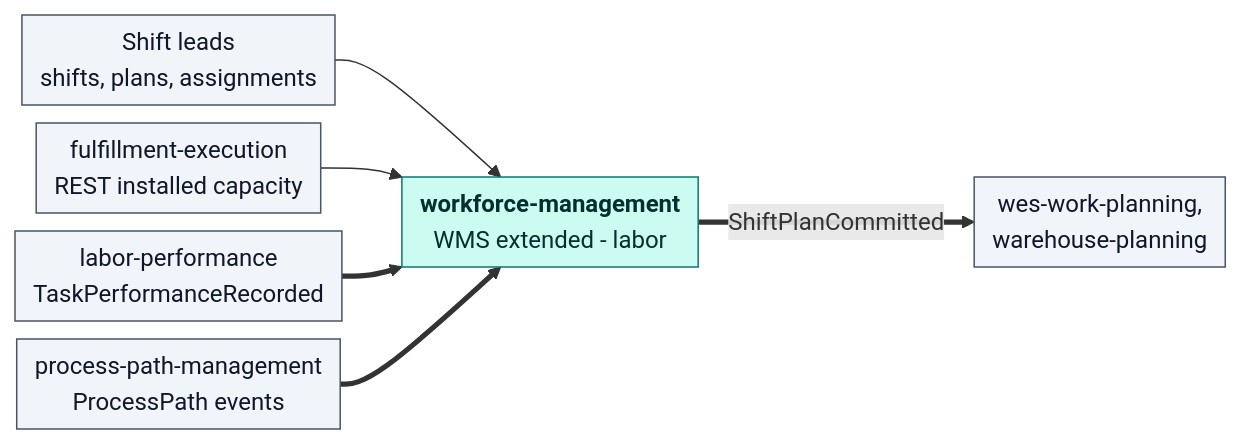
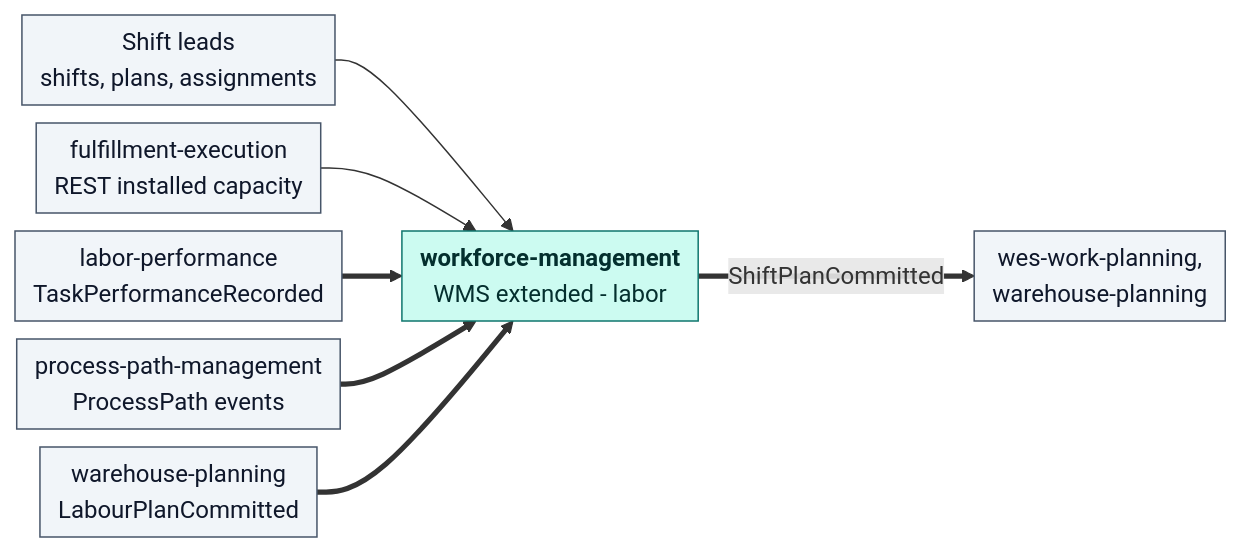
One commit to IQVO/warehouse-docs changed the fifth of 11 diagrams in docs/wms-wes/wes-tier.md. Above: the diagram before and after it, drawn with Mermaid. The commit also changed other lines of this file and 6 other files, not shown here.

````diff
--- a/docs/wms-wes/wes-tier.md
+++ b/docs/wms-wes/wes-tier.md
@@ -238,15 +248,16 @@
 ```mermaid
 %%{init: {"flowchart": {"nodeSpacing": 12, "rankSpacing": 40, "padding": 6}}}%%
 flowchart LR
     IN1["Shift leads<br/>shifts, plans, assignments"] --> WFM
     IN2["fulfillment-execution<br/>REST installed capacity"] --> WFM
     IN3["labor-performance<br/>TaskPerformanceRecorded"] ==> WFM
     IN4["process-path-management<br/>ProcessPath events"] ==> WFM
+    IN5["warehouse-planning<br/>LabourPlanCommitted"] ==> WFM
     WFM["<b>workforce-management</b><br/>WMS extended - labor"]
     WFM ==>|"ShiftPlanCommitted"| OUT1["wes-work-planning,<br/>warehouse-planning"]
 
     classDef wms fill:#ccfbf1,stroke:#0f766e,color:#042f2e
     classDef other fill:#f1f5f9,stroke:#475569,color:#0f172a
     class WFM wms
-    class IN1,IN2,IN3,IN4,OUT1 other
+    class IN1,IN2,IN3,IN4,IN5,OUT1 other
 ```
````
